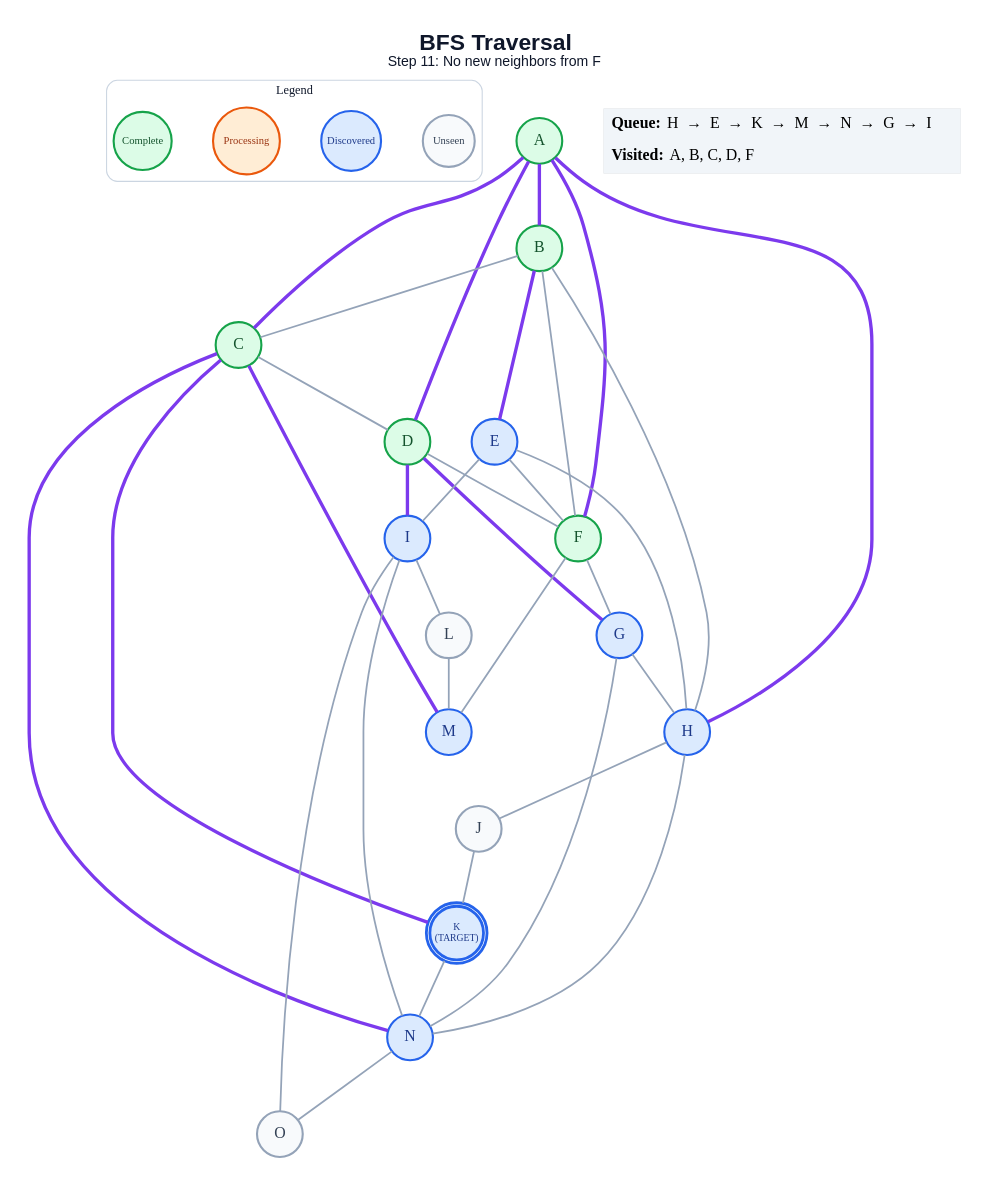
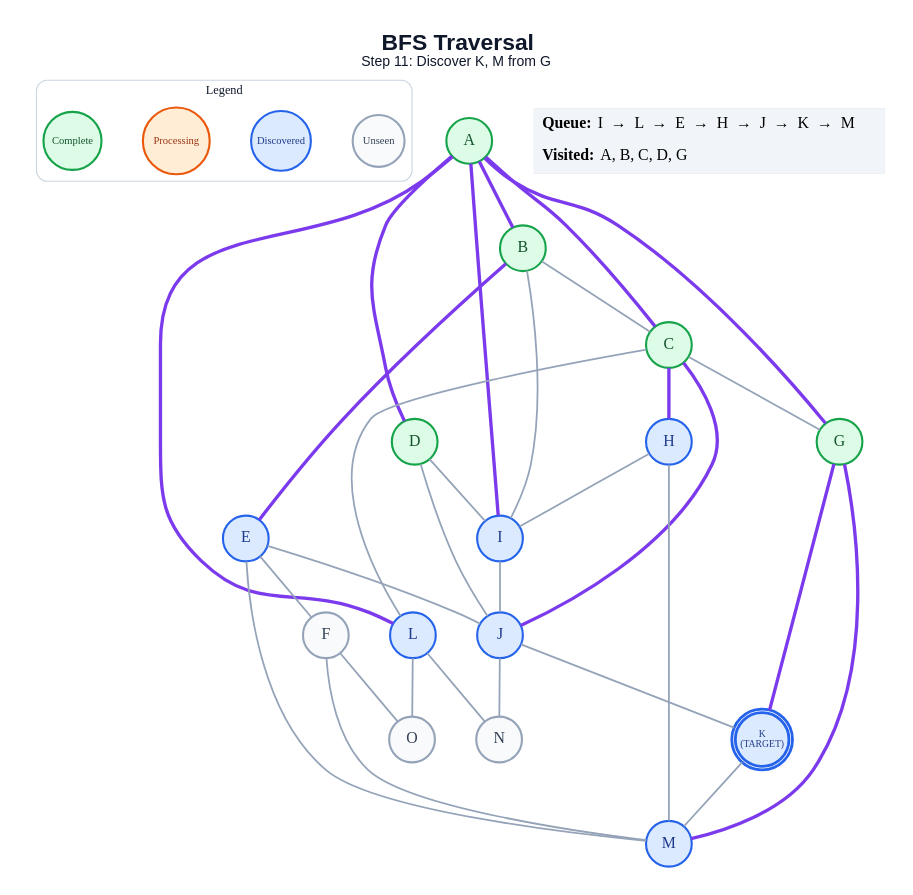
Before and after one commit to anon7238593-create/ai-slop: the diagram in generated/specific-node/bfs/step_11.dot, drawn with Graphviz. The commit also changed 236 other files, not shown here.

```diff
--- a/generated/specific-node/bfs/step_11.dot
+++ b/generated/specific-node/bfs/step_11.dot
@@ -1,66 +1,64 @@
 graph traversal {
   graph [layout=dot, rankdir=TB, bgcolor="#FFFFFF", pad="0.35", nodesep="0.65", ranksep="0.8", fontname="Arial"];
   node [shape=circle, style="filled", fontname="Arial Bold", fontsize=18, width=0.72, fixedsize=true, penwidth=2.4];
   edge [color="#94A3B8", penwidth=2.0];
-  label=<<B>BFS Traversal</B><BR/><FONT POINT-SIZE="16">Step 11: No new neighbors from F</FONT>>; labelloc="t"; fontsize=26; fontname="Arial"; fontcolor="#0F172A";
+  label=<<B>BFS Traversal</B><BR/><FONT POINT-SIZE="16">Step 11: Discover K, M from G</FONT>>; labelloc="t"; fontsize=26; fontname="Arial"; fontcolor="#0F172A";
   subgraph cluster_legend { label="Legend"; color="#CBD5E1"; penwidth=1.2; style="rounded"; fontsize=14; fontname="Arial Bold";
     key_unseen [label="Unseen", fillcolor="#F8FAFC", color="#94A3B8", fontcolor="#334155", fontsize=12, width=0.82];
     key_frontier [label="Discovered", fillcolor="#DBEAFE", color="#2563EB", fontcolor="#1E3A8A", fontsize=12, width=0.95];
     key_current [label="Processing", fillcolor="#FFEDD5", color="#EA580C", fontcolor="#9A3412", fontsize=12, width=1.05];
     key_done [label="Complete", fillcolor="#DCFCE7", color="#16A34A", fontcolor="#14532D", fontsize=12, width=0.92];
     { rank=same; key_unseen; key_frontier; key_current; key_done; }
   }
   A [label="A", fillcolor="#DCFCE7", color="#16A34A", fontcolor="#14532D", peripheries=1, penwidth=2.4];
   B [label="B", fillcolor="#DCFCE7", color="#16A34A", fontcolor="#14532D", peripheries=1, penwidth=2.4];
   C [label="C", fillcolor="#DCFCE7", color="#16A34A", fontcolor="#14532D", peripheries=1, penwidth=2.4];
   D [label="D", fillcolor="#DCFCE7", color="#16A34A", fontcolor="#14532D", peripheries=1, penwidth=2.4];
   E [label="E", fillcolor="#DBEAFE", color="#2563EB", fontcolor="#1E3A8A", peripheries=1, penwidth=2.4];
-  F [label="F", fillcolor="#DCFCE7", color="#16A34A", fontcolor="#14532D", peripheries=1, penwidth=2.4];
-  G [label="G", fillcolor="#DBEAFE", color="#2563EB", fontcolor="#1E3A8A", peripheries=1, penwidth=2.4];
+  F [label="F", fillcolor="#F8FAFC", color="#94A3B8", fontcolor="#334155", peripheries=1, penwidth=2.4];
+  G [label="G", fillcolor="#DCFCE7", color="#16A34A", fontcolor="#14532D", peripheries=1, penwidth=2.4];
   H [label="H", fillcolor="#DBEAFE", color="#2563EB", fontcolor="#1E3A8A", peripheries=1, penwidth=2.4];
   I [label="I", fillcolor="#DBEAFE", color="#2563EB", fontcolor="#1E3A8A", peripheries=1, penwidth=2.4];
-  J [label="J", fillcolor="#F8FAFC", color="#94A3B8", fontcolor="#334155", peripheries=1, penwidth=2.4];
+  J [label="J", fillcolor="#DBEAFE", color="#2563EB", fontcolor="#1E3A8A", peripheries=1, penwidth=2.4];
   K [label="K\n(TARGET)", fillcolor="#DBEAFE", color="#2563EB", fontcolor="#1E3A8A", peripheries=2, penwidth=3.2, fontsize=11, width=0.85, height=0.85];
-  L [label="L", fillcolor="#F8FAFC", color="#94A3B8", fontcolor="#334155", peripheries=1, penwidth=2.4];
+  L [label="L", fillcolor="#DBEAFE", color="#2563EB", fontcolor="#1E3A8A", peripheries=1, penwidth=2.4];
   M [label="M", fillcolor="#DBEAFE", color="#2563EB", fontcolor="#1E3A8A", peripheries=1, penwidth=2.4];
-  N [label="N", fillcolor="#DBEAFE", color="#2563EB", fontcolor="#1E3A8A", peripheries=1, penwidth=2.4];
+  N [label="N", fillcolor="#F8FAFC", color="#94A3B8", fontcolor="#334155", peripheries=1, penwidth=2.4];
   O [label="O", fillcolor="#F8FAFC", color="#94A3B8", fontcolor="#334155", peripheries=1, penwidth=2.4];
   A -- B [color="#7C3AED", penwidth=3.8];
   A -- C [color="#7C3AED", penwidth=3.8];
   A -- D [color="#7C3AED", penwidth=3.8];
-  A -- F [color="#7C3AED", penwidth=3.8];
-  A -- H [color="#7C3AED", penwidth=3.8];
+  A -- G [color="#7C3AED", penwidth=3.8];
+  A -- I [color="#7C3AED", penwidth=3.8];
+  A -- L [color="#7C3AED", penwidth=3.8];
   B -- C;
   B -- E [color="#7C3AED", penwidth=3.8];
-  B -- F;
-  B -- H;
-  C -- D;
-  C -- K [color="#7C3AED", penwidth=3.8];
-  C -- M [color="#7C3AED", penwidth=3.8];
-  C -- N [color="#7C3AED", penwidth=3.8];
-  D -- F;
-  D -- G [color="#7C3AED", penwidth=3.8];
-  D -- I [color="#7C3AED", penwidth=3.8];
+  B -- I;
+  C -- G;
+  C -- H [color="#7C3AED", penwidth=3.8];
+  C -- J [color="#7C3AED", penwidth=3.8];
+  C -- L;
+  D -- I;
+  D -- J;
   E -- F;
-  E -- H;
-  E -- I;
-  F -- G;
+  E -- J;
+  E -- M;
   F -- M;
-  G -- H;
-  G -- N;
-  H -- J;
-  H -- N;
-  I -- L;
-  I -- N;
-  I -- O;
+  F -- O;
+  G -- K [color="#7C3AED", penwidth=3.8];
+  G -- M [color="#7C3AED", penwidth=3.8];
+  H -- I;
+  H -- M;
+  I -- J;
   J -- K;
-  K -- N;
-  L -- M;
-  N -- O;
+  J -- N;
+  K -- M;
+  L -- N;
+  L -- O;
   status [shape=plain, fixedsize=false, width=0, height=0, margin=0, label=<
     <TABLE BORDER="0" CELLBORDER="0" CELLPADDING="7" BGCOLOR="#F1F5F9">
-      <TR><TD ALIGN="LEFT"><B>Queue:</B> H  →  E  →  K  →  M  →  N  →  G  →  I</TD></TR>
-      <TR><TD ALIGN="LEFT"><B>Visited:</B> A, B, C, D, F</TD></TR>
+      <TR><TD ALIGN="LEFT"><B>Queue:</B> I  →  L  →  E  →  H  →  J  →  K  →  M</TD></TR>
+      <TR><TD ALIGN="LEFT"><B>Visited:</B> A, B, C, D, G</TD></TR>
     </TABLE>
   >];
 }
```
